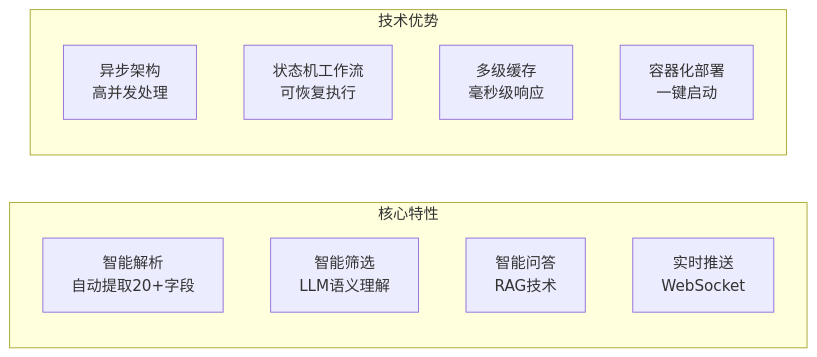
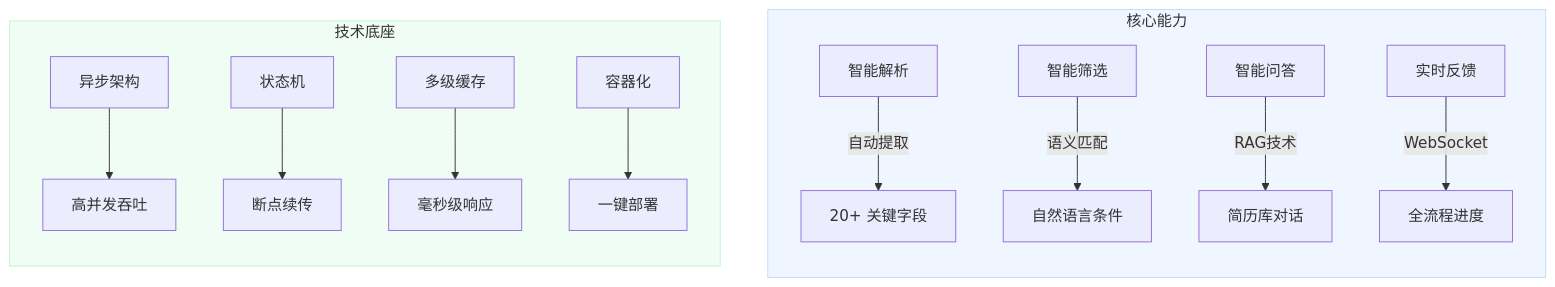
Before and after one commit to xt765/ResumeScreening: the first of 11 diagrams in docs/architecture.md, drawn with Mermaid. The commit also changed other lines of this file and 5 other files, not shown here.

Commit message:
refactor: remove similarity score and update documentation diagrams

````diff
--- a/docs/architecture.md
+++ b/docs/architecture.md
@@ -35,16 +35,21 @@
 ```mermaid
-graph LR
-    subgraph 核心特性
-        A[智能解析<br/>自动提取20+字段]
-        B[智能筛选<br/>LLM语义理解]
-        C[智能问答<br/>RAG技术]
-        D[实时推送<br/>WebSocket]
+graph TD
+    subgraph Features [核心能力]
+        direction TB
+        A[智能解析] -->|自动提取| A1[20+ 关键字段]
+        B[智能筛选] -->|语义匹配| B1[自然语言条件]
+        C[智能问答] -->|RAG技术| C1[简历库对话]
+        D[实时反馈] -->|WebSocket| D1[全流程进度]
     end
   
-    subgraph 技术优势
-        E[异步架构<br/>高并发处理]
-        F[状态机工作流<br/>可恢复执行]
-        G[多级缓存<br/>毫秒级响应]
-        H[容器化部署<br/>一键启动]
+    subgraph Tech [技术底座]
+        direction TB
+        E[异步架构] --> E1[高并发吞吐]
+        F[状态机] --> F1[断点续传]
+        G[多级缓存] --> G1[毫秒级响应]
+        H[容器化] --> H1[一键部署]
     end
+    
+    style Features fill:#eff6ff,stroke:#bfdbfe
+    style Tech fill:#f0fdf4,stroke:#bbf7d0
 ```
````
